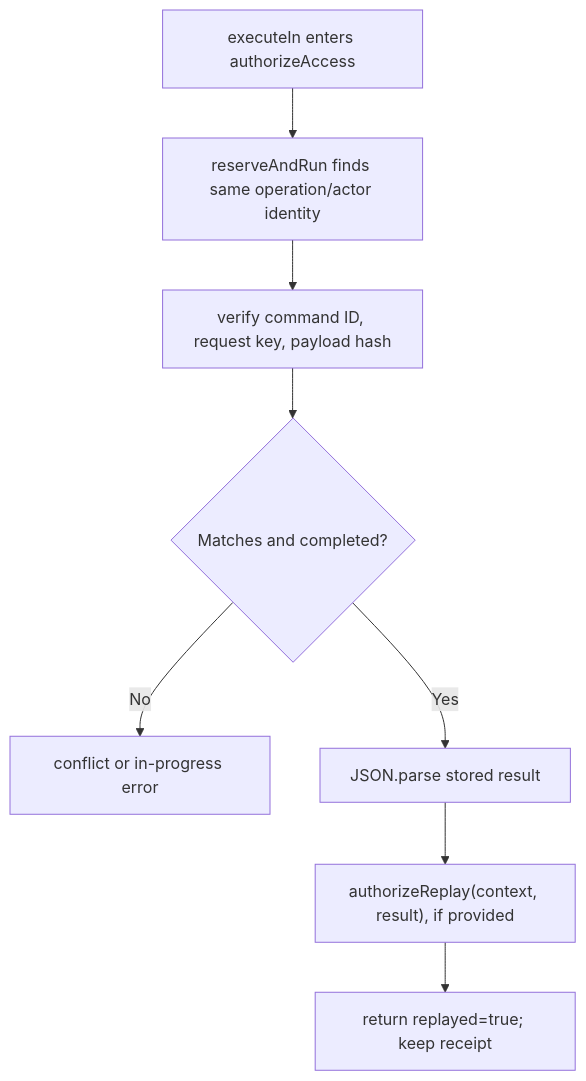
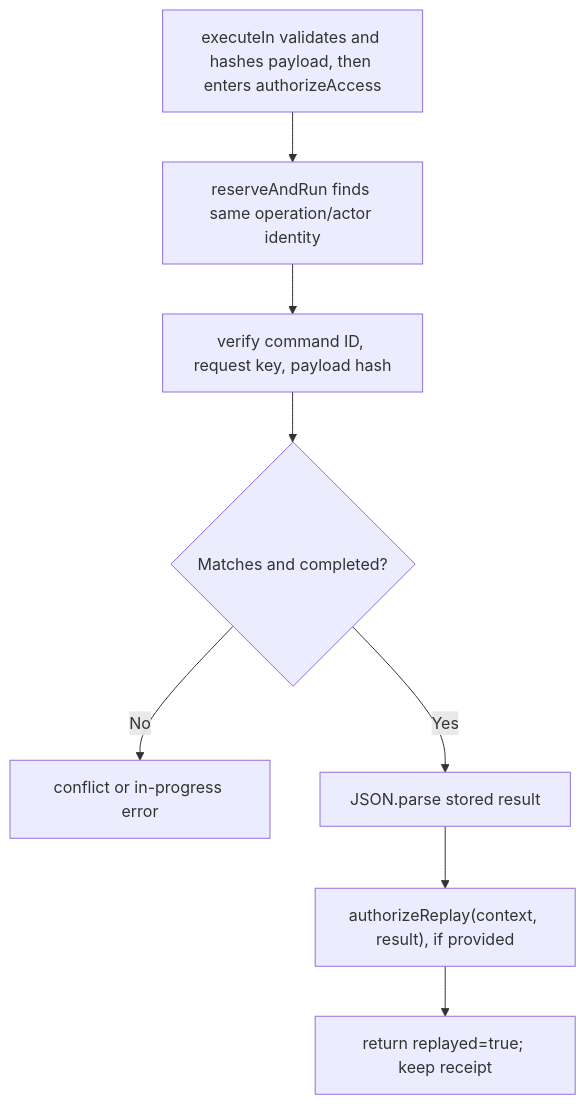
One commit to Kevinjohn/oss-adonisjs-duplicate-request-guard changed the second of 2 diagrams in user-stories/US-GUARD-03-authorize-replay.md. Above: the diagram before and after it, drawn with Mermaid. The commit also changed other lines of this file and 2 other files, not shown here.

Commit message:
docs: correct catalogue behavior and recovery flows

````diff
--- a/user-stories/US-GUARD-03-authorize-replay.md
+++ b/user-stories/US-GUARD-03-authorize-replay.md
@@ -36,10 +36,10 @@
 ```mermaid
 flowchart TD
-    A["executeIn enters authorizeAccess"] --> B["reserveAndRun finds same operation/actor identity"]
+    A["executeIn validates and hashes payload, then enters authorizeAccess"] --> B["reserveAndRun finds same operation/actor identity"]
     B --> C["verify command ID, request key, payload hash"]
     C --> D{"Matches and completed?"}
     D -->|No| E["conflict or in-progress error"]
     D -->|Yes| F["JSON.parse stored result"]
     F --> G["authorizeReplay(context, result), if provided"]
     G --> H["return replayed=true; keep receipt"]
 ```
````
